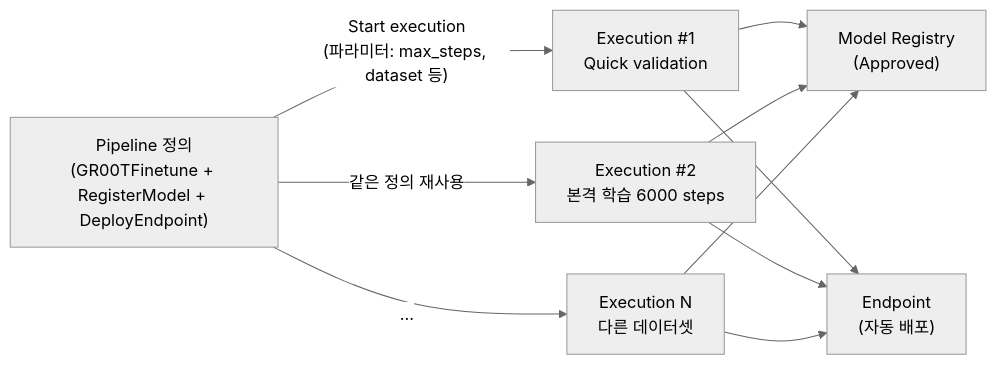
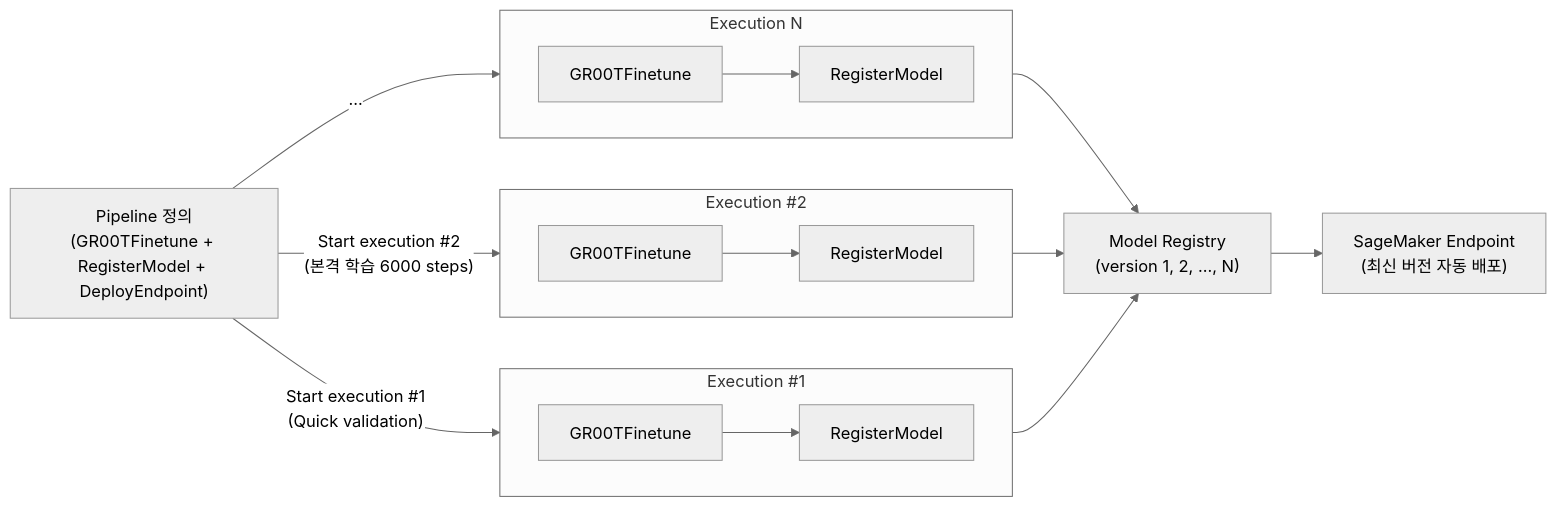
Before and after one commit to seokjushin/physical-ai-aws-docs: the first of 3 diagrams in physical-ai-on-aws-guide/nvidia-isaac-lab-on-aws/7.-finetune-sagemaker.md, drawn with Mermaid (neutral theme). The commit also changed other lines of this file and 3 other files, not shown here.

Commit message:
docs(isaac-lab): 7장 SageMaker Studio/JupyterLab 안내 스크린샷 추가

````diff
--- a/physical-ai-on-aws-guide/nvidia-isaac-lab-on-aws/7.-finetune-sagemaker.md
+++ b/physical-ai-on-aws-guide/nvidia-isaac-lab-on-aws/7.-finetune-sagemaker.md
@@ -510,12 +525,26 @@
 ```mermaid
 flowchart LR
-    Definition["Pipeline 정의\n(GR00TFinetune + RegisterModel + DeployEndpoint)"] -->|"Start execution\n(파라미터: max_steps, dataset 등)"| Exec1["Execution #1\nQuick validation"]
-    Definition -->|"같은 정의 재사용"| Exec2["Execution #2\n본격 학습 6000 steps"]
-    Definition -->|"..."| ExecN["Execution N\n다른 데이터셋"]
-    Exec1 --> Reg["Model Registry\n(Approved)"]
-    Exec1 --> EP["Endpoint\n(자동 배포)"]
-    Exec2 --> Reg
-    Exec2 --> EP
-    ExecN --> Reg
-    ExecN --> EP
+    Definition["Pipeline 정의\n(GR00TFinetune + RegisterModel + DeployEndpoint)"]
+
+    Definition -->|"Start execution #1\n(Quick validation)"| Exec1
+    Definition -->|"Start execution #2\n(본격 학습 6000 steps)"| Exec2
+    Definition -->|"..."| ExecN
+
+    subgraph Exec1["Execution #1"]
+        direction LR
+        T1["GR00TFinetune"] --> R1["RegisterModel"]
+    end
+    subgraph Exec2["Execution #2"]
+        direction LR
+        T2["GR00TFinetune"] --> R2["RegisterModel"]
+    end
+    subgraph ExecN["Execution N"]
+        direction LR
+        TN["GR00TFinetune"] --> RN["RegisterModel"]
+    end
+
+    R1 --> Reg
+    R2 --> Reg
+    RN --> Reg
+    Reg["Model Registry\n(version 1, 2, ..., N)"] --> EP["SageMaker Endpoint\n(최신 버전 자동 배포)"]
 ```
````
